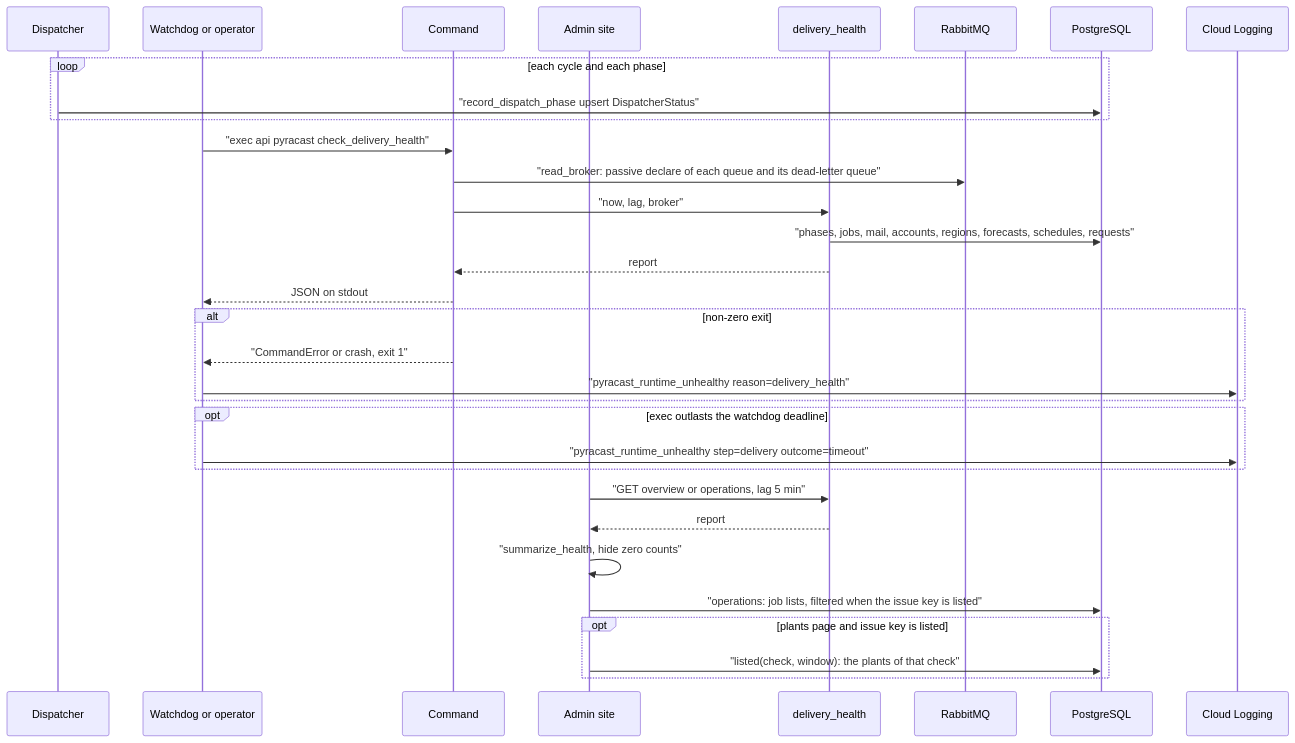
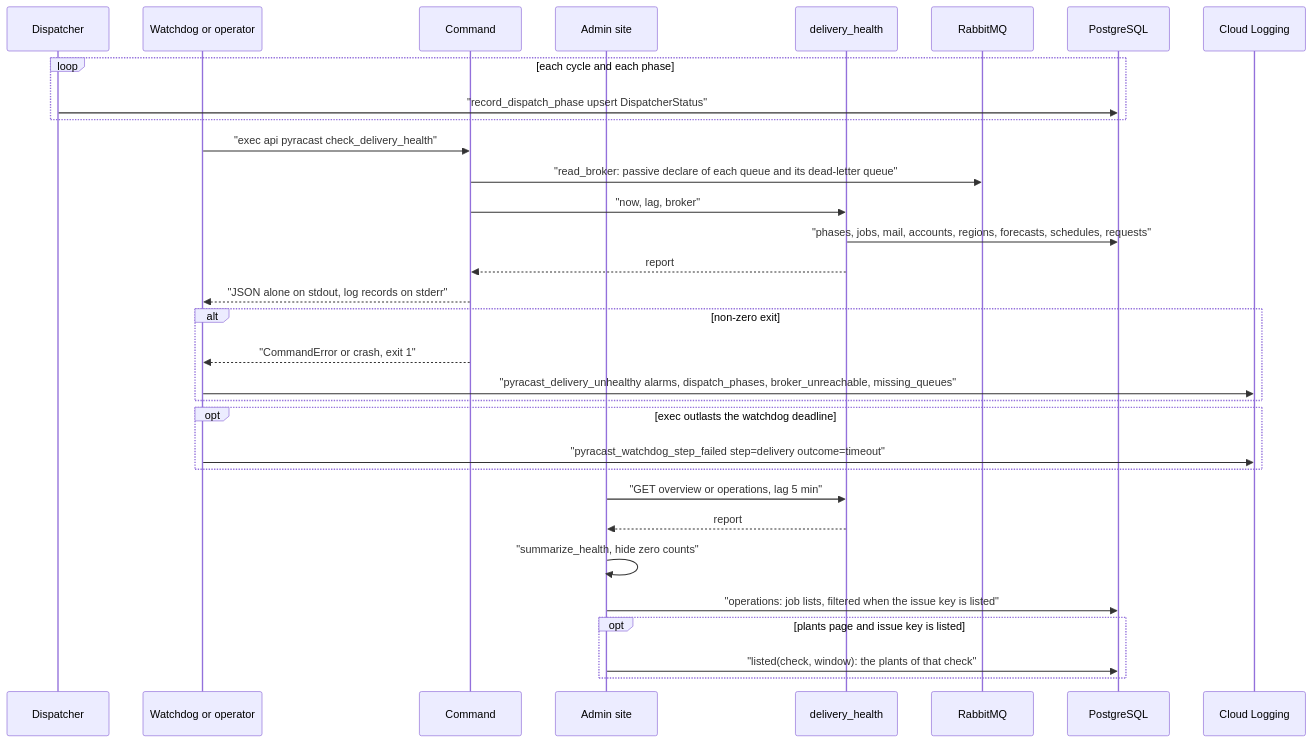
The diagram in docs/flows/delivery-health-check.md (erkurtharun/pyracast), drawn with Mermaid before and after one commit. The commit also changed other lines of this file and 52 other files, not shown here.

First line of the commit message:
Bring the flow pages in line with account erasure, typed plant values, on-demand loading, operations events and provider accounts

````diff
--- a/docs/flows/delivery-health-check.md
+++ b/docs/flows/delivery-health-check.md
@@ -14,34 +14,34 @@
 ```mermaid
 sequenceDiagram
     participant D as Dispatcher
     participant W as Watchdog or operator
     participant C as Command
     participant A as Admin site
     participant H as delivery_health
     participant B as RabbitMQ
     participant DB as PostgreSQL
     participant L as Cloud Logging
     loop each cycle and each phase
         D->>DB: "record_dispatch_phase upsert DispatcherStatus"
     end
     W->>C: "exec api pyracast check_delivery_health"
     C->>B: "read_broker: passive declare of each queue and its dead-letter queue"
     C->>H: "now, lag, broker"
     H->>DB: "phases, jobs, mail, accounts, regions, forecasts, schedules, requests"
     H-->>C: report
-    C-->>W: JSON on stdout
+    C-->>W: "JSON alone on stdout, log records on stderr"
     alt non-zero exit
         C-->>W: "CommandError or crash, exit 1"
-        W->>L: "pyracast_runtime_unhealthy reason=delivery_health"
+        W->>L: "pyracast_delivery_unhealthy alarms, dispatch_phases, broker_unreachable, missing_queues"
     end
     opt exec outlasts the watchdog deadline
-        W->>L: "pyracast_runtime_unhealthy step=delivery outcome=timeout"
+        W->>L: "pyracast_watchdog_step_failed step=delivery outcome=timeout"
     end
     A->>H: "GET overview or operations, lag 5 min"
     H-->>A: report
     A->>A: "summarize_health, hide zero counts"
     A->>DB: "operations: job lists, filtered when the issue key is listed"
     opt plants page and issue key is listed
         A->>DB: "listed(check, window): the plants of that check"
     end
 ```
````
